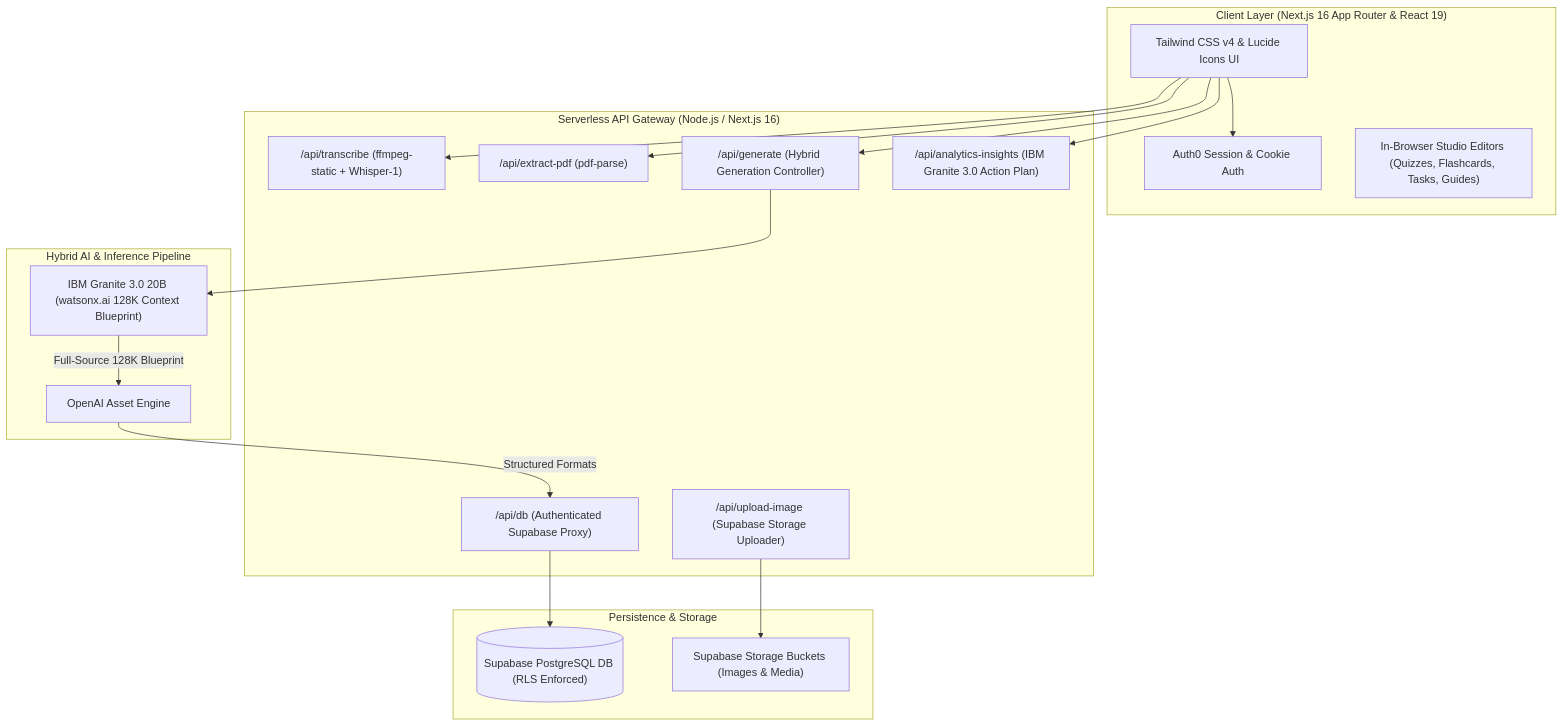
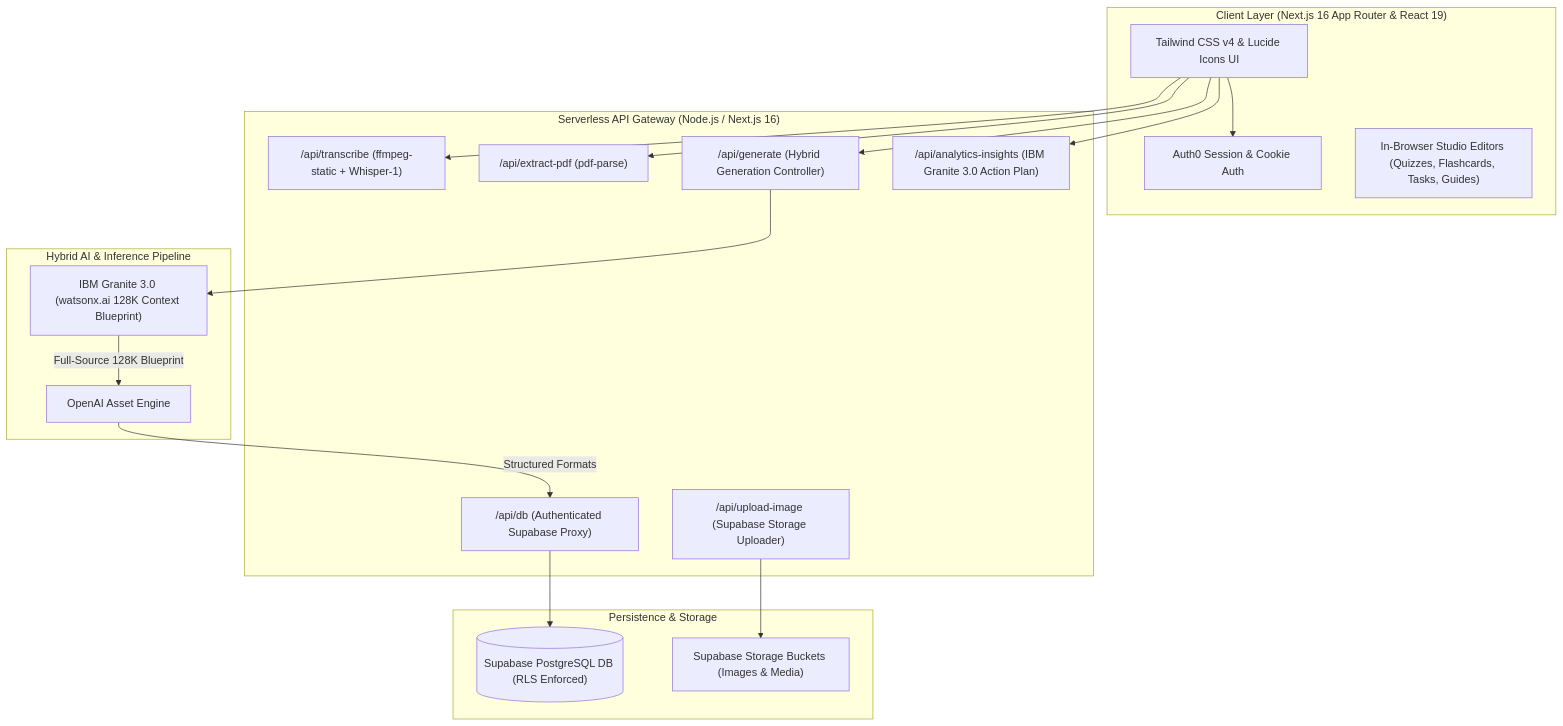
One commit to KaziRahimu123/EduTubers changed the diagram in README.md. Above: the diagram before and after it, drawn with Mermaid. The commit also changed 2 other files, not shown here.

Commit message:
docs & core: clean all 20B references across diagram and API routes

````diff
--- a/README.md
+++ b/README.md
@@ -74,38 +74,38 @@
 ```mermaid
 flowchart TD
     subgraph Client ["Client Layer (Next.js 16 App Router & React 19)"]
         UI["Tailwind CSS v4 & Lucide Icons UI"]
         Auth0Client["Auth0 Session & Cookie Auth"]
         Editors["In-Browser Studio Editors (Quizzes, Flashcards, Tasks, Guides)"]
     end
 
     subgraph API ["Serverless API Gateway (Node.js / Next.js 16)"]
         TranscribeRoute["/api/transcribe (ffmpeg-static + Whisper-1)"]
         ExtractPdfRoute["/api/extract-pdf (pdf-parse)"]
         GenerateRoute["/api/generate (Hybrid Generation Controller)"]
         AnalyticsRoute["/api/analytics-insights (IBM Granite 3.0 Action Plan)"]
         DBRoute["/api/db (Authenticated Supabase Proxy)"]
         UploadImgRoute["/api/upload-image (Supabase Storage Uploader)"]
     end
 
     subgraph AI ["Hybrid AI & Inference Pipeline"]
-        Granite["IBM Granite 3.0 20B (watsonx.ai 128K Context Blueprint)"]
+        Granite["IBM Granite 3.0 (watsonx.ai 128K Context Blueprint)"]
         OpenAIModel["OpenAI Asset Engine"]
     end
 
     subgraph Storage ["Persistence & Storage"]
         SupabaseDB[("Supabase PostgreSQL DB (RLS Enforced)")]
         SupabaseStorage["Supabase Storage Buckets (Images & Media)"]
     end
 
     UI --> Auth0Client
     UI --> TranscribeRoute
     UI --> ExtractPdfRoute
     UI --> GenerateRoute
     UI --> AnalyticsRoute
     GenerateRoute --> Granite
     Granite -->|Full-Source 128K Blueprint| OpenAIModel
     OpenAIModel -->|Structured Formats| DBRoute
     DBRoute --> SupabaseDB
     UploadImgRoute --> SupabaseStorage
 ```
````
